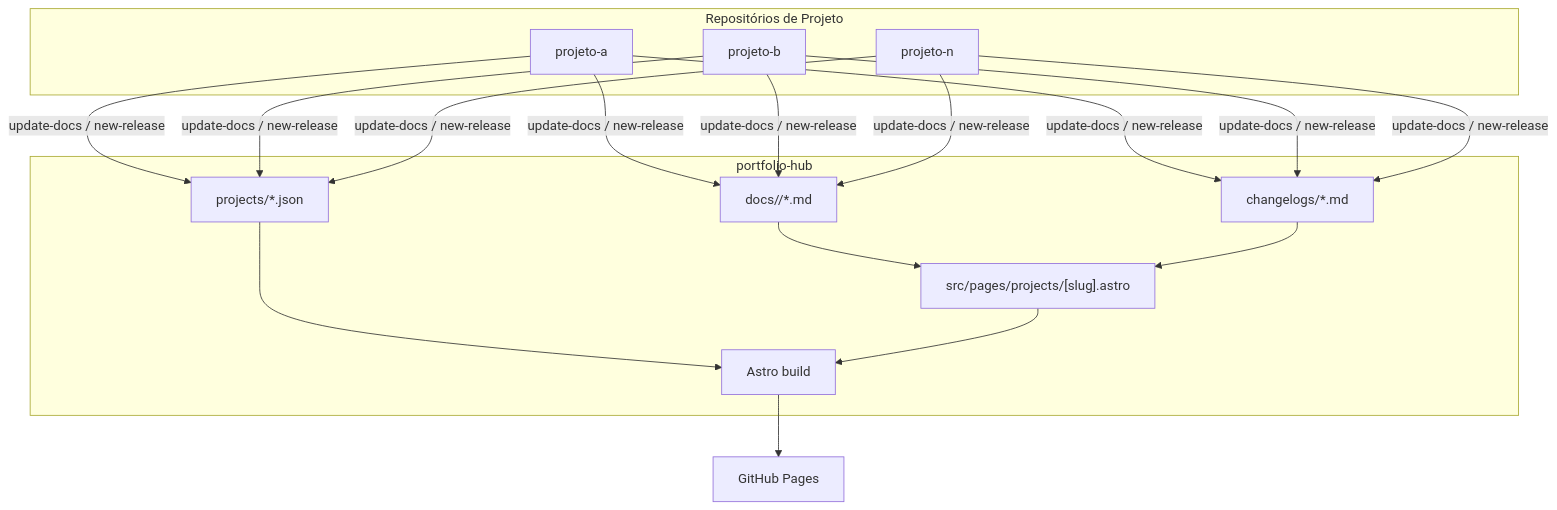
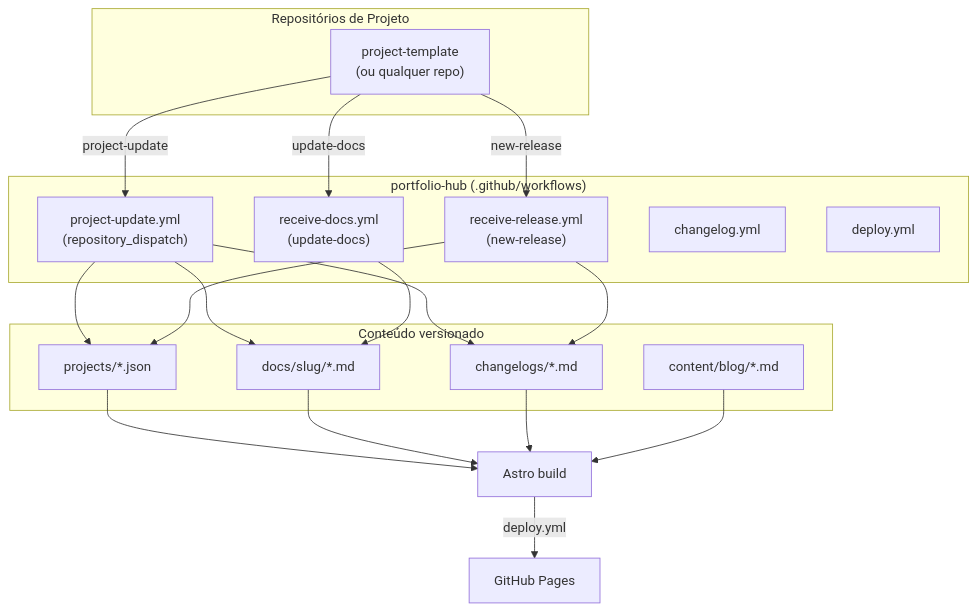
One commit to MatheusAzevedoDev/portfolio-hub changed the first of 6 diagrams in docs/gitops-portfolio-lambda/architecture.md. Above: the diagram before and after it, drawn with Mermaid. The commit also changed other lines of this file and 4 other files, not shown here.

Commit message:
docs: reescreve documentação completa do portfolio-hub

````diff
--- a/docs/gitops-portfolio-lambda/architecture.md
+++ b/docs/gitops-portfolio-lambda/architecture.md
@@ -19,36 +12,43 @@
 ```mermaid
 flowchart TB
-    subgraph Projects["Repositórios de Projeto"]
-        PA["projeto-a"]
-        PB["projeto-b"]
-        PN["projeto-n"]
+    subgraph Projetos["Repositórios de Projeto"]
+        PT["project-template\n(ou qualquer repo)"]
     end
 
-    subgraph Hub["portfolio-hub"]
-        META["projects/*.json"]
-        DOCS["docs/<slug>/*.md"]
-        CHANGELOGS["changelogs/*.md"]
-        ASTRO["Astro build"]
-        ROUTE["src/pages/projects/[slug].astro"]
+    subgraph Hub["portfolio-hub (.github/workflows)"]
+        PU["project-update.yml\n(repository_dispatch)"]
+        RD["receive-docs.yml\n(update-docs)"]
+        RR["receive-release.yml\n(new-release)"]
+        CL["changelog.yml"]
+        DP["deploy.yml"]
     end
 
+    subgraph Conteudo["Conteúdo versionado"]
+        META["projects/*.json"]
+        DOCS["docs/slug/*.md"]
+        CHANGELOGS["changelogs/*.md"]
+        BLOG["content/blog/*.md"]
+    end
+
+    ASTRO["Astro build"]
     PAGES["GitHub Pages"]
 
-    PA -->|"update-docs / new-release"| META
-    PA -->|"update-docs / new-release"| DOCS
-    PA -->|"update-docs / new-release"| CHANGELOGS
+    PT -->|"project-update"| PU
+    PT -->|"update-docs"| RD
+    PT -->|"new-release"| RR
 
-    PB -->|"update-docs / new-release"| META
-    PB -->|"update-docs / new-release"| DOCS
-    PB -->|"update-docs / new-release"| CHANGELOGS
+    PU --> META
+    PU --> DOCS
+    PU --> CHANGELOGS
 
-    PN -->|"update-docs / new-release"| META
-    PN -->|"update-docs / new-release"| DOCS
-    PN -->|"update-docs / new-release"| CHANGELOGS
+    RD --> DOCS
+    RR --> META
+    RR --> CHANGELOGS
 
     META --> ASTRO
-    DOCS --> ROUTE
-    CHANGELOGS --> ROUTE
-    ROUTE --> ASTRO
-    ASTRO --> PAGES
+    DOCS --> ASTRO
+    CHANGELOGS --> ASTRO
+    BLOG --> ASTRO
+
+    ASTRO -->|"deploy.yml"| PAGES
 ```
````
